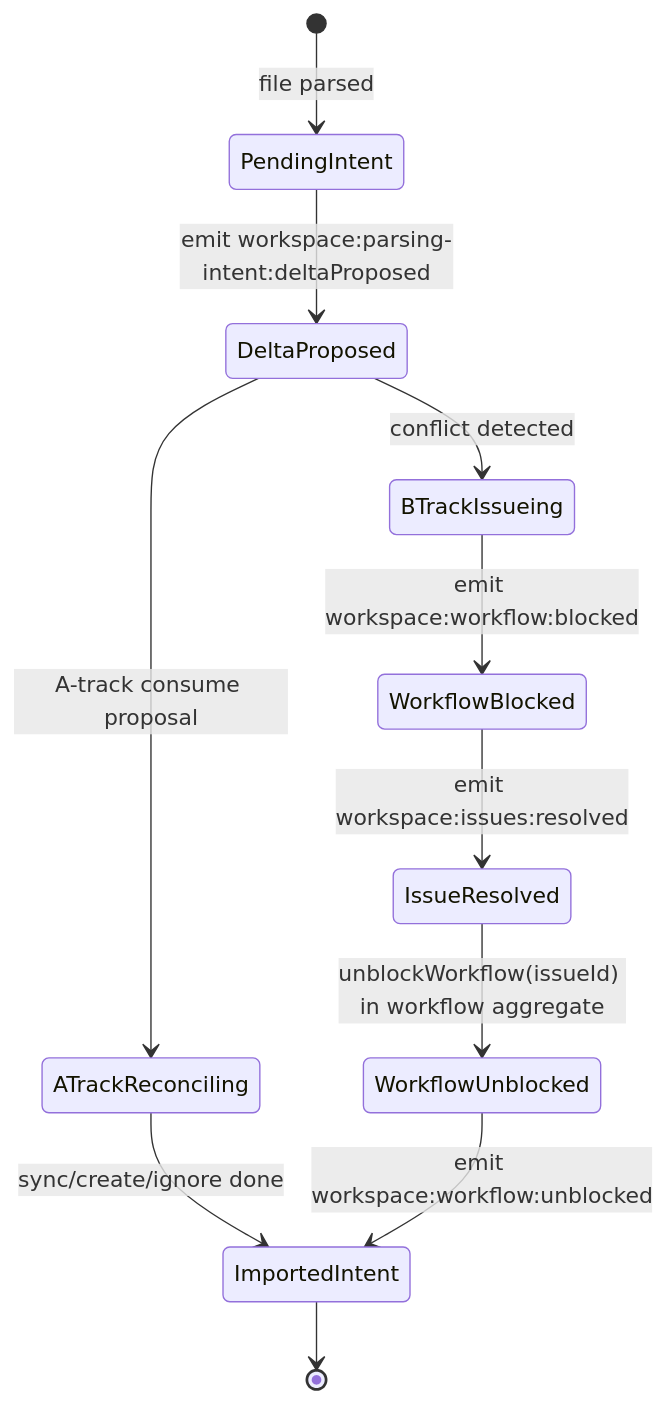
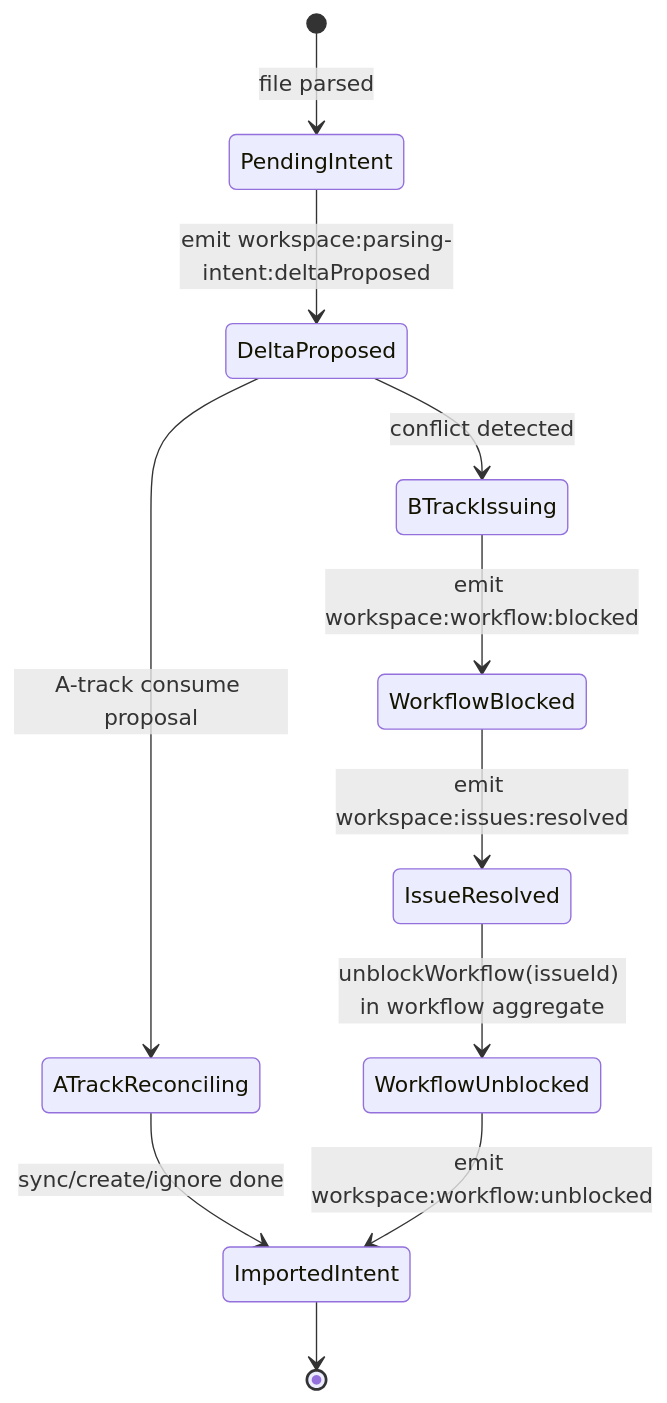
Before and after one commit to 7Spade/Xuanwu: the first of 2 diagrams in docs/development/workspace.slice-guide.md, drawn with Mermaid. The commit also changed other lines of this file, not shown here.

Commit message:
docs(workspace): clarify event ownership and AI-intent contract details

````diff
--- a/docs/development/workspace.slice-guide.md
+++ b/docs/development/workspace.slice-guide.md
@@ -158,14 +158,14 @@
 ```mermaid
 stateDiagram-v2
     direction TB
     [*] --> PendingIntent : file parsed
     PendingIntent --> DeltaProposed : emit workspace:parsing-intent:deltaProposed
     DeltaProposed --> ATrackReconciling : A-track consume proposal
-    DeltaProposed --> BTrackIssueing : conflict detected
+    DeltaProposed --> BTrackIssuing : conflict detected
     ATrackReconciling --> ImportedIntent : sync/create/ignore done
-    BTrackIssueing --> WorkflowBlocked : emit workspace:workflow:blocked
+    BTrackIssuing --> WorkflowBlocked : emit workspace:workflow:blocked
     WorkflowBlocked --> IssueResolved : emit workspace:issues:resolved
     IssueResolved --> WorkflowUnblocked : unblockWorkflow(issueId) in workflow aggregate
     WorkflowUnblocked --> ImportedIntent : emit workspace:workflow:unblocked
     ImportedIntent --> [*]
 ```
````
